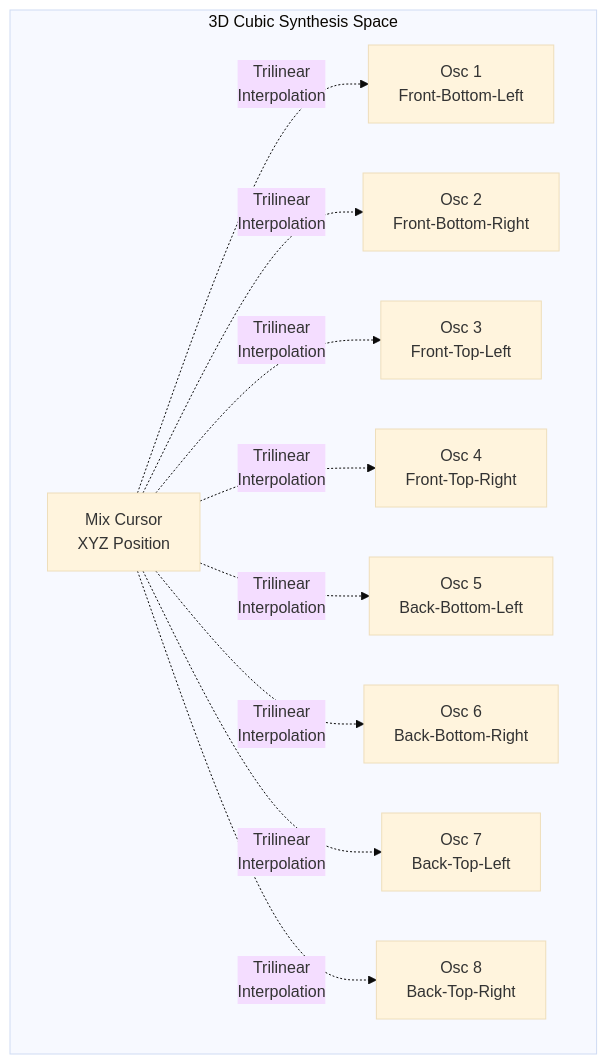
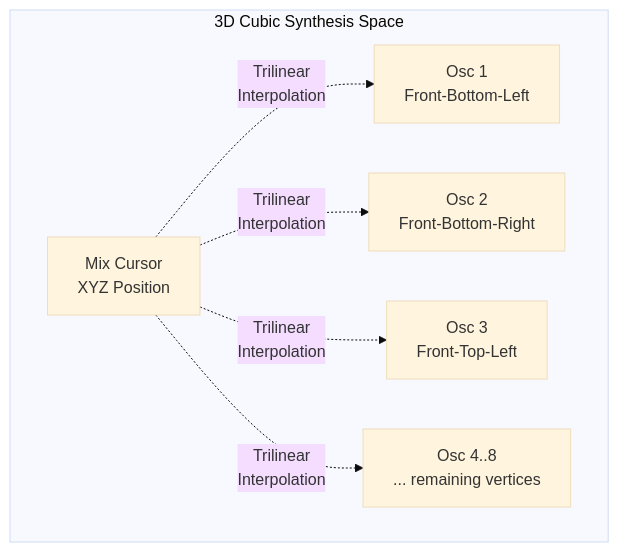
Before and after one commit to rp-bot/ASE-final-project: the first of 5 diagrams in README.md, drawn with Mermaid (base theme). The commit also changed other lines of this file, not shown here.

Commit message:
docs(readme): edited the interface diagram

````diff
--- a/README.md
+++ b/README.md
@@ -95,24 +95,16 @@
 ```mermaid
 graph TD
     subgraph CubicSpace[3D Cubic Synthesis Space]
-        FrontBottomLeft[Osc 1<br/>Front-Bottom-Left]
-        FrontBottomRight[Osc 2<br/>Front-Bottom-Right]
-        FrontTopLeft[Osc 3<br/>Front-Top-Left]
-        FrontTopRight[Osc 4<br/>Front-Top-Right]
-        BackBottomLeft[Osc 5<br/>Back-Bottom-Left]
-        BackBottomRight[Osc 6<br/>Back-Bottom-Right]
-        BackTopLeft[Osc 7<br/>Back-Top-Left]
-        BackTopRight[Osc 8<br/>Back-Top-Right]
-        
+        Osc1[Osc 1<br/>Front-Bottom-Left]
+        Osc2[Osc 2<br/>Front-Bottom-Right]
+        Osc3[Osc 3<br/>Front-Top-Left]
+        OscN[Osc 4..8<br/>... remaining vertices]
+
         Cursor[Mix Cursor<br/>XYZ Position]
-        
-        Cursor -.->|Trilinear<br/>Interpolation| FrontBottomLeft
-        Cursor -.->|Trilinear<br/>Interpolation| FrontBottomRight
-        Cursor -.->|Trilinear<br/>Interpolation| FrontTopLeft
-        Cursor -.->|Trilinear<br/>Interpolation| FrontTopRight
-        Cursor -.->|Trilinear<br/>Interpolation| BackBottomLeft
-        Cursor -.->|Trilinear<br/>Interpolation| BackBottomRight
-        Cursor -.->|Trilinear<br/>Interpolation| BackTopLeft
-        Cursor -.->|Trilinear<br/>Interpolation| BackTopRight
+
+        Cursor -.->|Trilinear<br/>Interpolation| Osc1
+        Cursor -.->|Trilinear<br/>Interpolation| Osc2
+        Cursor -.->|Trilinear<br/>Interpolation| Osc3
+        Cursor -.->|Trilinear<br/>Interpolation| OscN
     end
 ```
````
